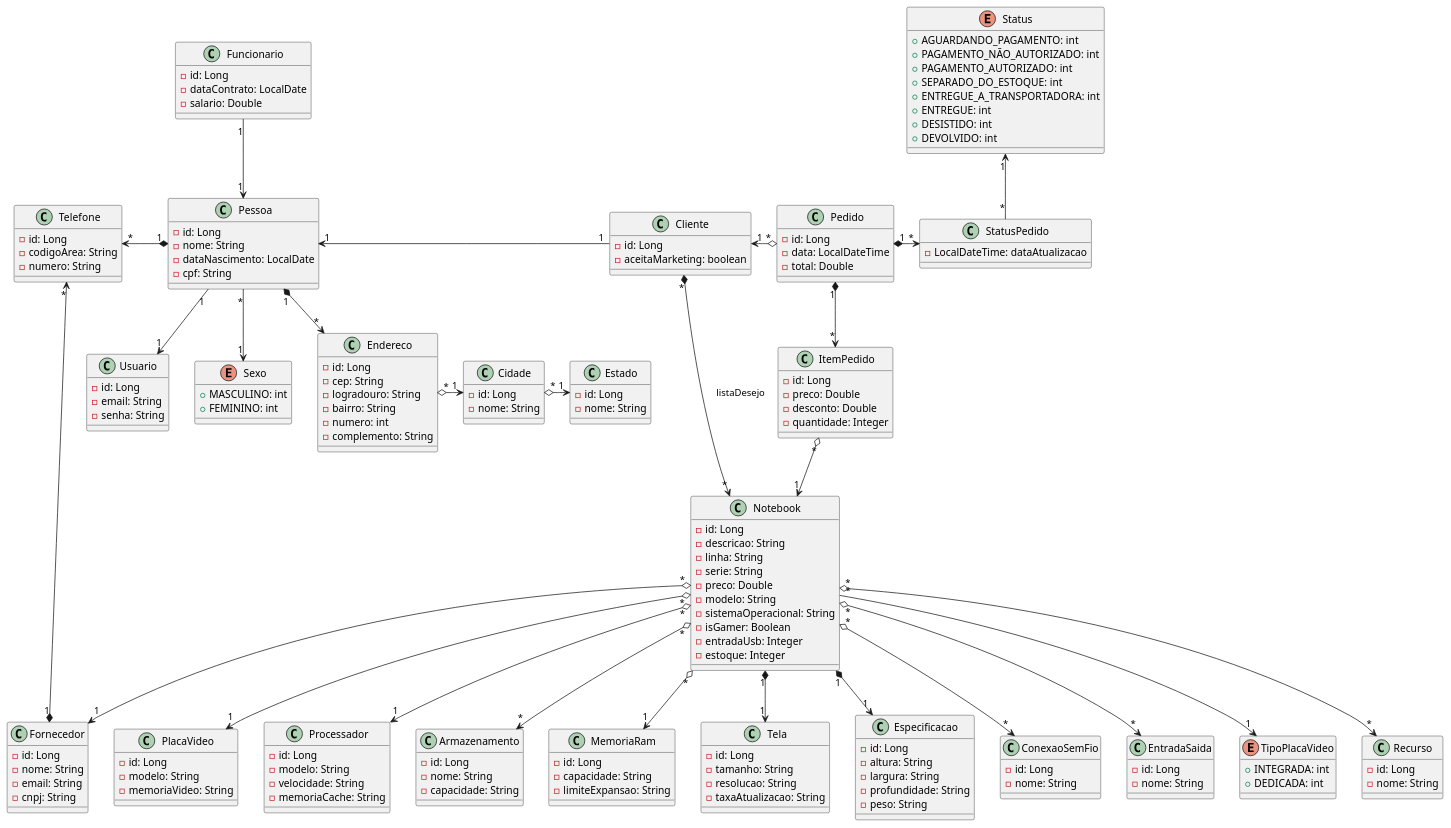
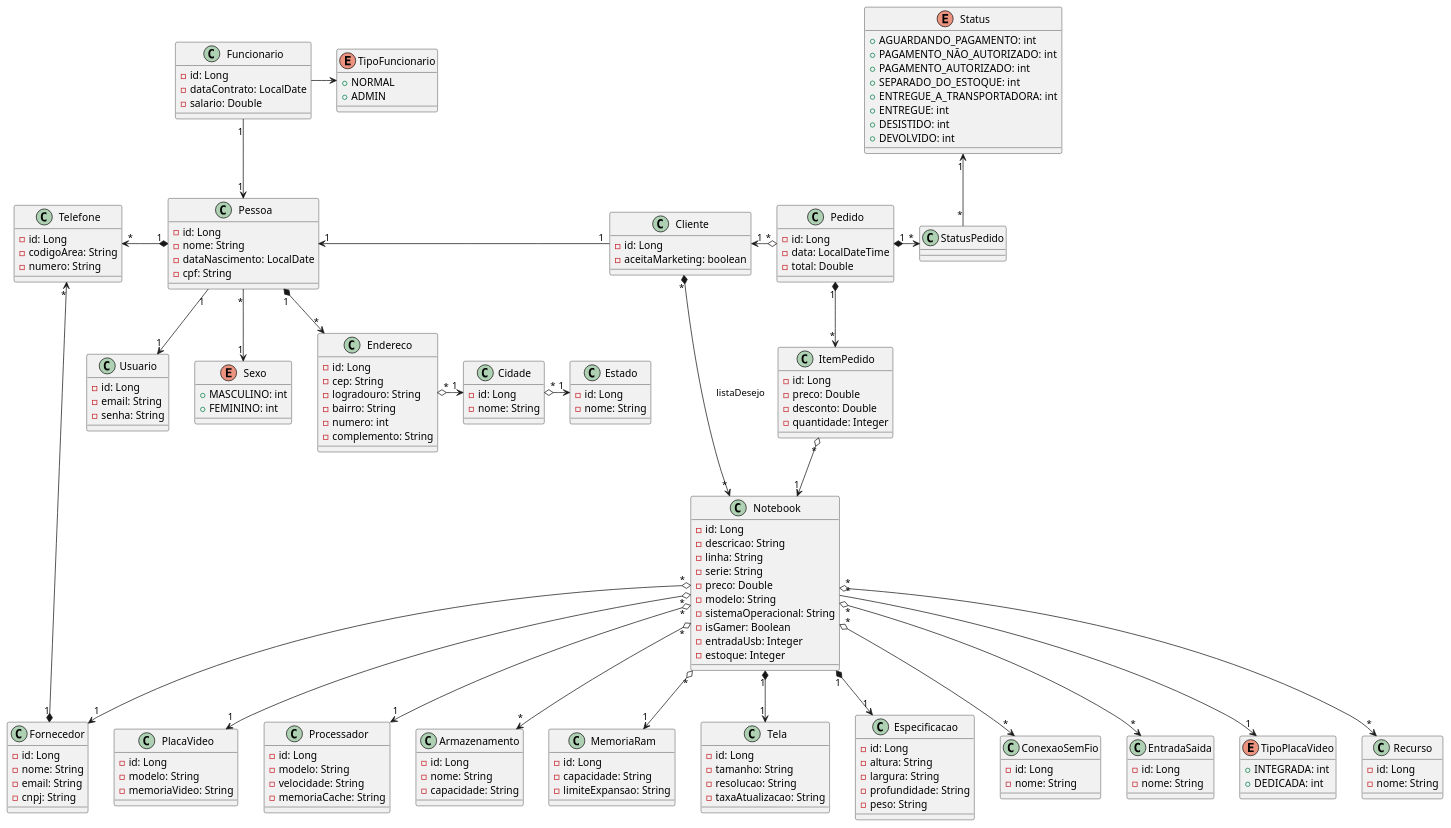
The diagram in src/main/resources/docs/uml.plantuml (MatheusPontieri/E-commerce_Notebooks), drawn with PlantUML before and after one commit. The commit also changed 9 other files, not shown here.

```diff
--- a/src/main/resources/docs/uml.plantuml
+++ b/src/main/resources/docs/uml.plantuml
@@ -25,7 +25,6 @@
 }
 
 class StatusPedido {
-    - LocalDateTime: dataAtualizacao
 }
 
 class Pessoa {
@@ -44,6 +43,11 @@
     - id: Long
     - dataContrato: LocalDate
     - salario: Double
+}
+
+enum TipoFuncionario {
+    + NORMAL
+    + ADMIN
 }
 
 class Usuario {
@@ -180,6 +184,7 @@
 Cliente "1" -left-> "1" Pessoa
 Funcionario "1" --> "1" Pessoa
 Cliente "*" *--> "*" Notebook: listaDesejo
+Funcionario -right-> TipoFuncionario
 
 Endereco "*" o-right-> "1" Cidade
 Cidade "*" o-right-> "1" Estado
```
